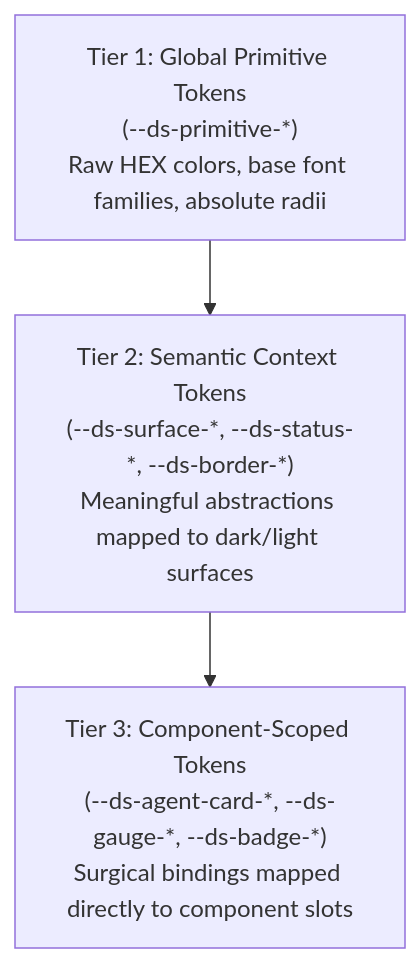
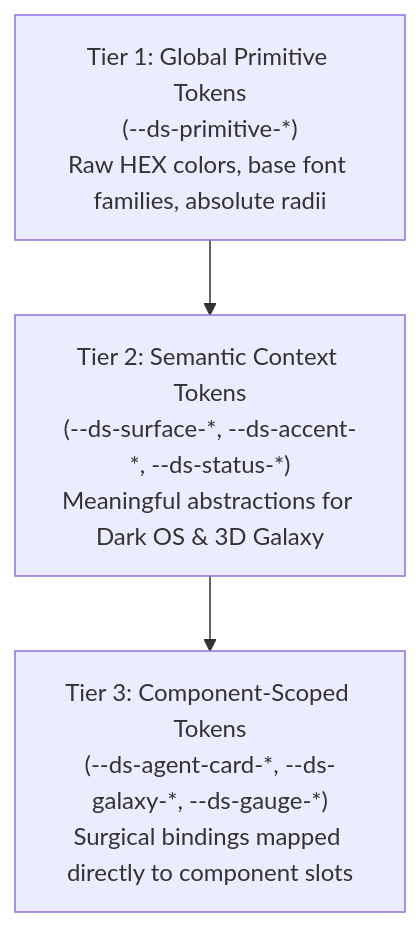
Before and after one commit to code-thiago/kalinar-agent-galaxy-os: the diagram in .antigravity/blueprint/04_BRIEFING_AND_DESIGN_SYSTEM.md, drawn with Mermaid. The commit also changed other lines of this file and 10 other files, not shown here.

Commit message:
fix(blueprint): align trd/app-flow with electron 3d galaxy os and unlock build gate [v0.0.1-blueprint]

````diff
--- a/.antigravity/blueprint/04_BRIEFING_AND_DESIGN_SYSTEM.md
+++ b/.antigravity/blueprint/04_BRIEFING_AND_DESIGN_SYSTEM.md
@@ -51,8 +51,8 @@
 ```mermaid
 flowchart TD
     Tier1["Tier 1: Global Primitive Tokens<br/>(--ds-primitive-*)<br/>Raw HEX colors, base font families, absolute radii"]
-    Tier2["Tier 2: Semantic Context Tokens<br/>(--ds-surface-*, --ds-status-*, --ds-border-*)<br/>Meaningful abstractions mapped to dark/light surfaces"]
-    Tier3["Tier 3: Component-Scoped Tokens<br/>(--ds-agent-card-*, --ds-gauge-*, --ds-badge-*)<br/>Surgical bindings mapped directly to component slots"]
+    Tier2["Tier 2: Semantic Context Tokens<br/>(--ds-surface-*, --ds-accent-*, --ds-status-*)<br/>Meaningful abstractions for Dark OS & 3D Galaxy"]
+    Tier3["Tier 3: Component-Scoped Tokens<br/>(--ds-agent-card-*, --ds-galaxy-*, --ds-gauge-*)<br/>Surgical bindings mapped directly to component slots"]
 
     Tier1 --> Tier2 --> Tier3
 ```
````
